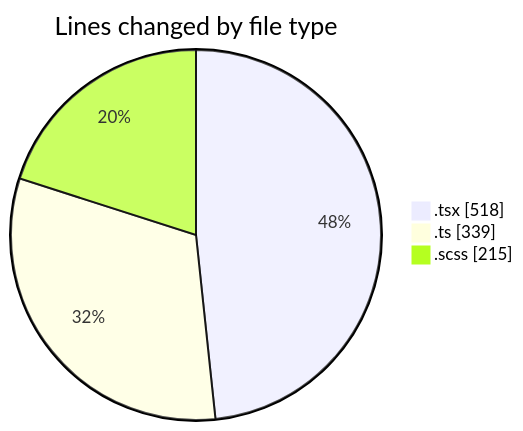
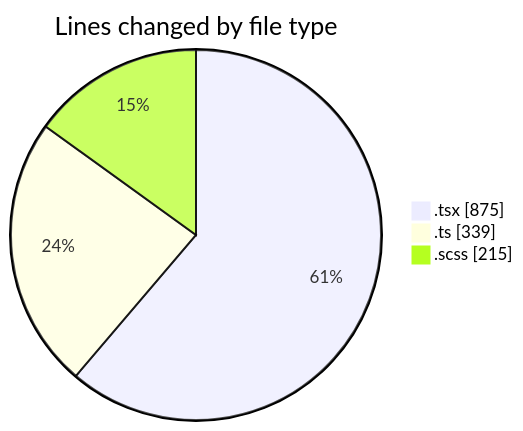
Before and after one commit to momahboobian/code-tracking: the first of 2 diagrams in 2025-07-08/cda/README.md, drawn with Mermaid. The commit also changed other lines of this file and 1 other file, not shown here.

````diff
--- a/2025-07-08/cda/README.md
+++ b/2025-07-08/cda/README.md
@@ -29,7 +31,7 @@
 ```mermaid
 pie showData
 title Lines changed by file type
-".tsx" : 518
+".tsx" : 875
 ".ts" : 339
 ".scss" : 215
 ```
````
